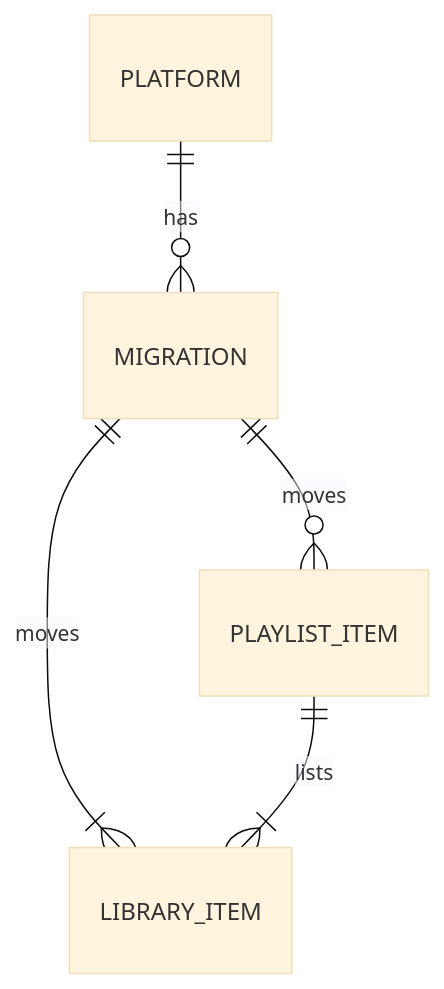
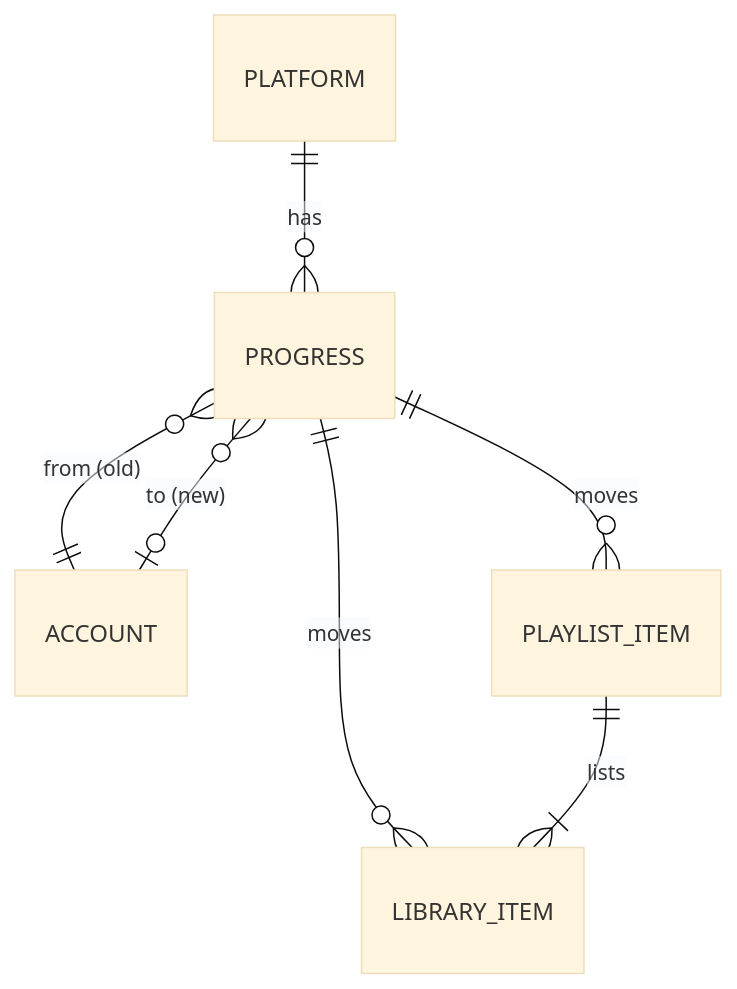
The third of 3 diagrams in specs/019-apple-music-platform/spec.md (Dodo-Tech-Hub/magpie), drawn with Mermaid (base theme) before and after one commit. The commit also changed other lines of this file, not shown here.

Commit message:
docs(spec): use Progress entity in 019 Apple Music

````diff
--- a/specs/019-apple-music-platform/spec.md
+++ b/specs/019-apple-music-platform/spec.md
@@ -237,7 +239,9 @@
 ```mermaid
 erDiagram
-    PLATFORM ||--o{ MIGRATION : has
-    MIGRATION ||--|{ LIBRARY_ITEM : moves
-    MIGRATION ||--o{ PLAYLIST_ITEM : moves
+    PLATFORM ||--o{ PROGRESS : has
+    PROGRESS }o--|| ACCOUNT : "from (old)"
+    PROGRESS }o--o| ACCOUNT : "to (new)"
+    PROGRESS ||--o{ LIBRARY_ITEM : moves
+    PROGRESS ||--o{ PLAYLIST_ITEM : moves
     PLAYLIST_ITEM ||--|{ LIBRARY_ITEM : lists
 ```
````
